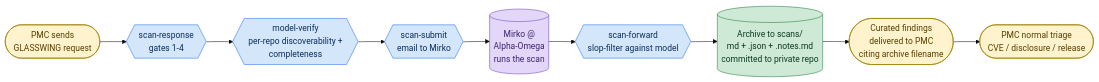
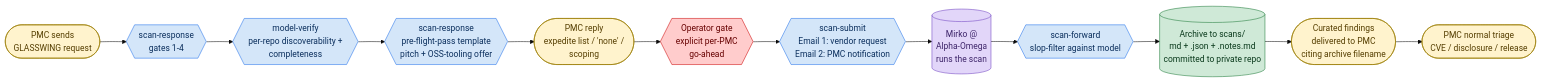
One commit to raboof/apache-security-dash changed the first of 4 diagrams in README.md. Above: the diagram before and after it, drawn with Mermaid (base theme). The commit also changed other lines of this file, not shown here.

First line of the commit message:
Update README diagrams + prose to match PR #56/#57/#58 workflow

````diff
--- a/README.md
+++ b/README.md
@@ -54,16 +57,20 @@
 ```mermaid
 flowchart LR
     PMC([PMC sends<br/>GLASSWING request]):::pmc --> R{{scan-response<br/>gates 1-4}}:::skill
     R --> V{{model-verify<br/>per-repo discoverability +<br/>completeness}}:::skill
-    V --> S{{scan-submit<br/>email to Mirko}}:::skill
+    V --> P{{scan-response<br/>pre-flight-pass template<br/>pitch + OSS-tooling offer}}:::skill
+    P --> PR([PMC reply<br/>expedite list / 'none' /<br/>scoping]):::pmc
+    PR --> G{{Operator gate<br/>explicit per-PMC<br/>go-ahead}}:::gate
+    G --> S{{scan-submit<br/>Email 1: vendor request<br/>Email 2: PMC notification}}:::skill
     S --> M[(Mirko @<br/>Alpha-Omega<br/>runs the scan)]:::vendor
     M --> F{{scan-forward<br/>slop-filter against model}}:::skill
     F --> A[(Archive to scans/<br/>md + .json + .notes.md<br/>committed to private repo)]:::archive
     A --> RES([Curated findings<br/>delivered to PMC<br/>citing archive filename]):::pmc
     RES --> T([PMC normal triage<br/>CVE / disclosure / release]):::pmc
 
     classDef pmc fill:#fff3cd,stroke:#9a7d00,color:#553e00
     classDef skill fill:#d4e6f9,stroke:#1f6feb,color:#0a2e5c
+    classDef gate fill:#ffcccc,stroke:#cc0000,color:#660000
     classDef vendor fill:#e2d6f9,stroke:#6f42c1,color:#3d2469
     classDef archive fill:#cfe9d7,stroke:#1f7a3a,color:#0a3a1c
 ```
````
